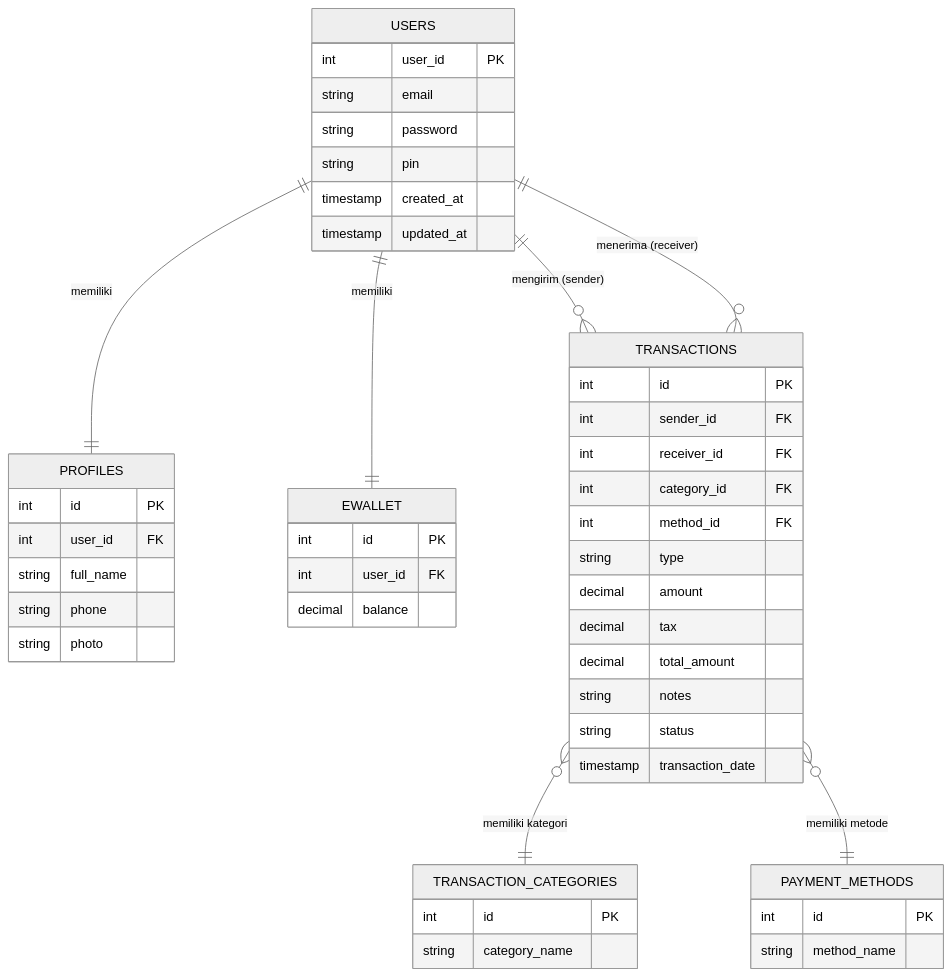
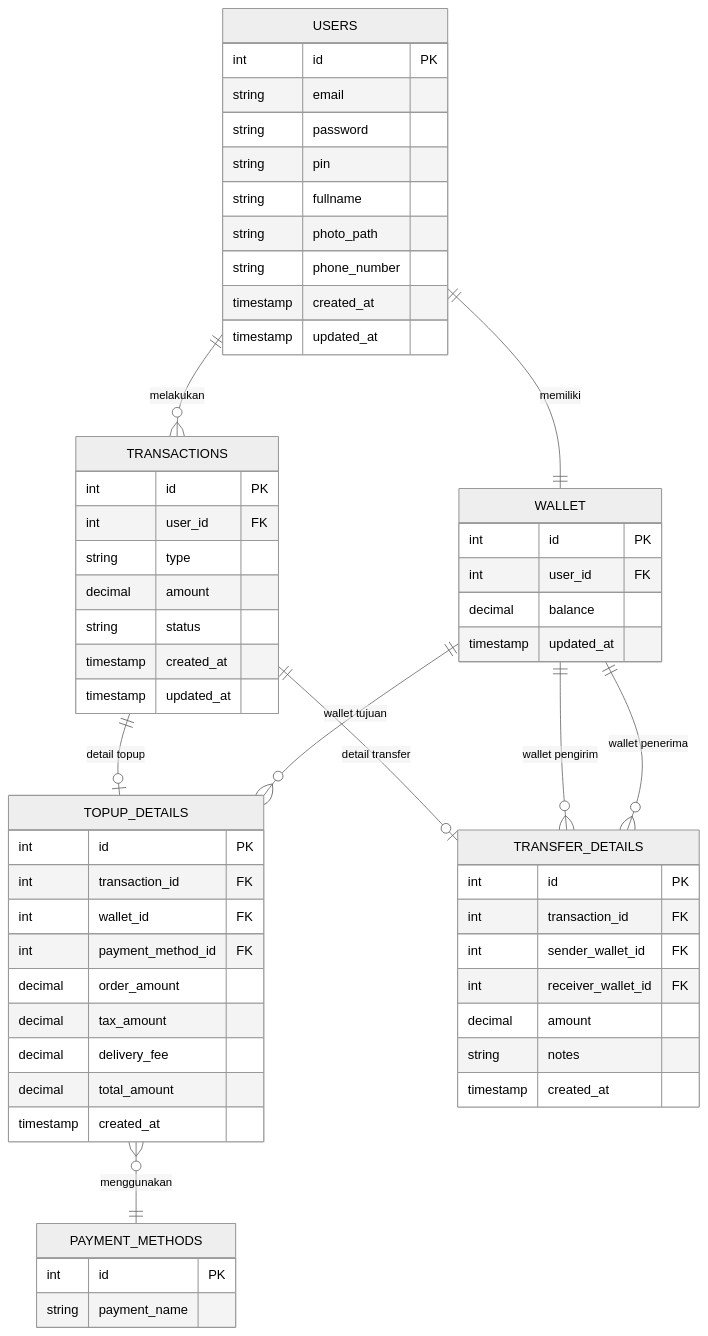
The diagram in README.md (Akmalrian/koda-b7-db), drawn with Mermaid (neutral theme) before and after one commit. The commit also changed other lines of this file and 7 other files, not shown here.

````diff
--- a/README.md
+++ b/README.md
@@ -3,59 +1,69 @@
 ```mermaid
 erDiagram
-    USERS {
-        int user_id PK
-        string email
-        string password
-        string pin
-        timestamp created_at
-        timestamp updated_at
-    }
 
-    PROFILES {
-        int id PK
-        int user_id FK
-        string full_name
-        string phone
-        string photo
-    }
+  USERS {
+    int id PK
+    string email
+    string password
+    string pin
+    string fullname
+    string photo_path
+    string phone_number
+    timestamp created_at
+    timestamp updated_at
+  }
 
-    EWALLET {
-        int id PK
-        int user_id FK
-        decimal balance
-    }
+  WALLET {
+    int id PK
+    int user_id FK
+    decimal balance
+    timestamp updated_at
+  }
 
-    TRANSACTIONS {
-        int id PK
-        int sender_id FK
-        int receiver_id FK
-        int category_id FK
-        int method_id FK
-        string type
-        decimal amount
-        decimal tax
-        decimal total_amount
-        string notes
-        string status
-        timestamp transaction_date
-    }
+  TRANSACTIONS {
+    int id PK
+    int user_id FK
+    string type
+    decimal amount
+    string status
+    timestamp created_at
+    timestamp updated_at
+  }
 
-    TRANSACTION_CATEGORIES {
-        int id PK
-        string category_name
-    }
+  TOPUP_DETAILS {
+    int id PK
+    int transaction_id FK
+    int wallet_id FK
+    int payment_method_id FK
+    decimal order_amount
+    decimal tax_amount
+    decimal delivery_fee
+    decimal total_amount
+    timestamp created_at
+  }
 
-    PAYMENT_METHODS {
-        int id PK
-        string method_name
-    }
+  TRANSFER_DETAILS {
+    int id PK
+    int transaction_id FK
+    int sender_wallet_id FK
+    int receiver_wallet_id FK
+    decimal amount
+    string notes
+    timestamp created_at
+  }
 
-    USERS ||--|| PROFILES : "memiliki"
-    USERS ||--|| EWALLET : "memiliki"
-    USERS ||--o{ TRANSACTIONS : "mengirim (sender)"
-    USERS ||--o{ TRANSACTIONS : "menerima (receiver)"
-    TRANSACTIONS }o--|| TRANSACTION_CATEGORIES : "memiliki kategori"
-    TRANSACTIONS }o--|| PAYMENT_METHODS : "memiliki metode"
+  PAYMENT_METHODS {
+    int id PK
+    string payment_name
+  }
 
+  USERS ||--|| WALLET : "memiliki"
+  USERS ||--o{ TRANSACTIONS : "melakukan"
+  TRANSACTIONS ||--o| TOPUP_DETAILS : "detail topup"
+  TRANSACTIONS ||--o| TRANSFER_DETAILS : "detail transfer"
+  TOPUP_DETAILS }o--|| PAYMENT_METHODS : "menggunakan"
+  WALLET ||--o{ TOPUP_DETAILS : "wallet tujuan"
+  WALLET ||--o{ TRANSFER_DETAILS : "wallet pengirim"
+  WALLET ||--o{ TRANSFER_DETAILS : "wallet penerima"
 
 ```
````
